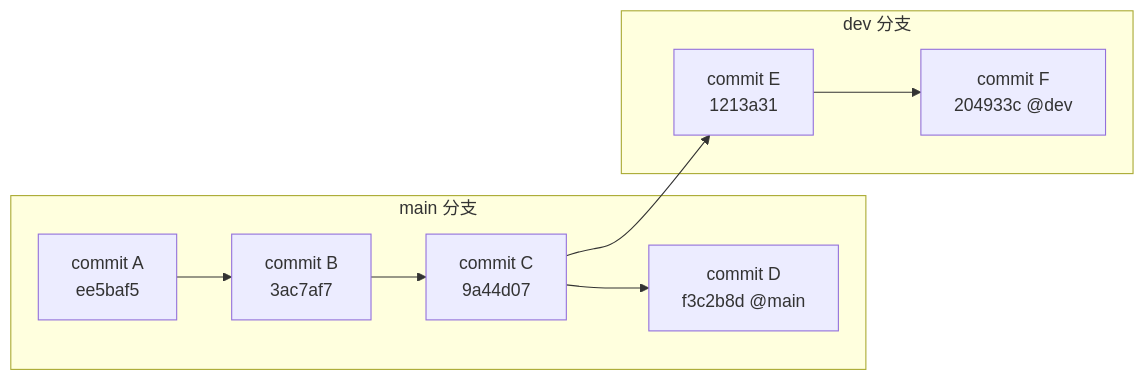
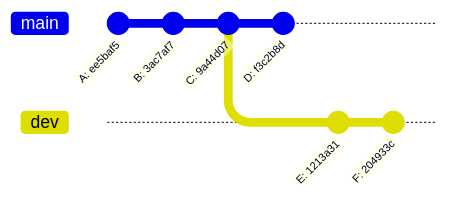
Before and after one commit to Aaron-212/portfolio: the second of 6 diagrams in src/content/blog/源代码管理.md, drawn with Mermaid. The commit also changed other lines of this file and 1 other file, not shown here.

Commit message:
Update graph and relock

````diff
--- a/src/content/blog/源代码管理.md
+++ b/src/content/blog/源代码管理.md
@@ -66,20 +61,12 @@
 ```mermaid
-graph LR
-    subgraph main 分支
-        A[commit A<br/>ee5baf5]
-        B[commit B<br/>3ac7af7]
-        C[commit C<br/>9a44d07]
-        D[commit D<br/>f3c2b8d @main]
-    end
-
-    subgraph dev 分支
-        E[commit E<br/>1213a31]
-        F[commit F<br/>204933c @dev]
-    end
-
-    A --> B
-    B --> C
-    C --> D
-    C --> E
-    E --> F
+gitGraph LR:
+    commit id: "A: ee5baf5"
+    commit id: "B: 3ac7af7"
+    commit id: "C: 9a44d07"
+    branch dev
+    checkout main
+    commit id: "D: f3c2b8d"
+    checkout dev
+    commit id: "E: 1213a31"
+    commit id: "F: 204933c"
 ```
````
